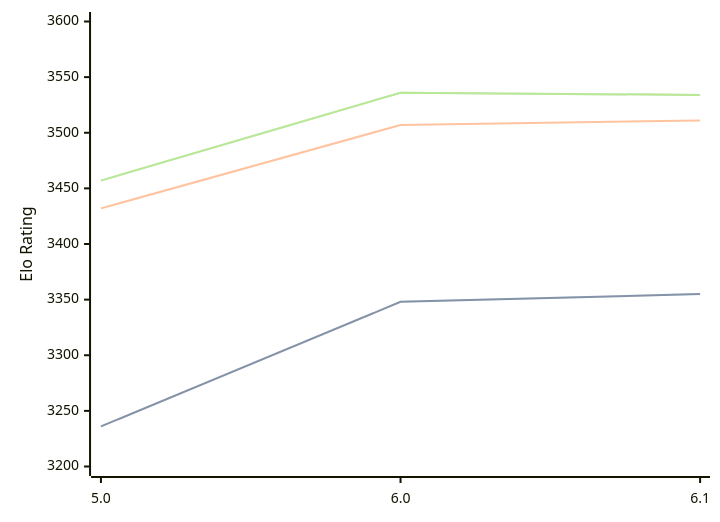
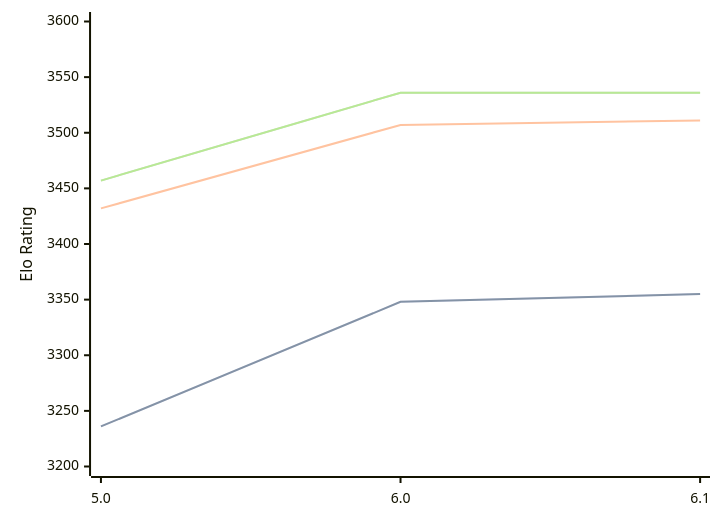
The diagram in engines/Starzix.md (computer-chess-index/cci), drawn with Mermaid before and after one commit. The commit also changed other lines of this file, not shown here.

Commit message:
Update CCI Ratings (ELO VLTC) - 2026-04-04

````diff
--- a/engines/Starzix.md
+++ b/engines/Starzix.md
@@ -37,11 +37,11 @@
 ```mermaid
 %%{init: {"theme":"base","themeVariables":{"seriesColors:['#a3a3a3','#222221','#faa371']}}}%%
 xychart-beta
   x-axis ["5.0", "6.0", "6.1"]
   y-axis "Elo Rating" 3200 --> 3600
   line "STC (8.0+0.08s)" [3236, 3348, 3355]
   line "STC (8.0+0.08s)" [3236, 3348, 3355]
   line "LTC (60.0+0.60s)" [3432, 3507, 3511]
-  line "VLTC (2m24s+1.12s)" [3457, 3536, 3534]
-  line "VLTC (2m24s+1.12s)" [3457, 3536, 3534]
+  line "VLTC (2m24s+1.12s)" [3457, 3536, 3536]
+  line "VLTC (2m24s+1.12s)" [3457, 3536, 3536]
 ```
````
